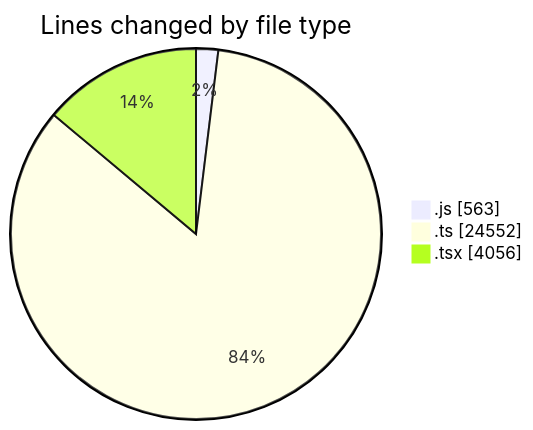
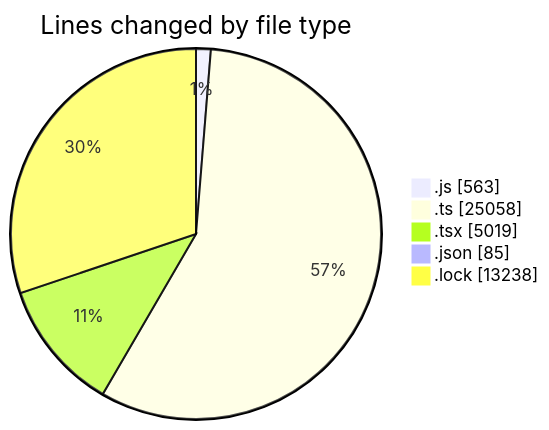
Before and after one commit to momahboobian/code-tracking: the first of 2 diagrams in 2025-11-14/cda/README.md, drawn with Mermaid. The commit also changed other lines of this file and 1 other file, not shown here.

````diff
--- a/2025-11-14/cda/README.md
+++ b/2025-11-14/cda/README.md
@@ -43,7 +45,9 @@
 ```mermaid
 pie showData
 title Lines changed by file type
 ".js" : 563
-".ts" : 24552
-".tsx" : 4056
+".ts" : 25058
+".tsx" : 5019
+".json" : 85
+".lock" : 13238
 ```
````
